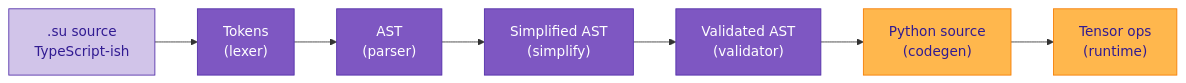
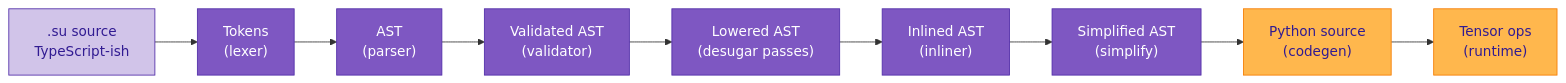
Before and after one commit to EmmaLeonhart/Sutra: the diagram in docs/compilation.md, drawn with Mermaid. The commit also changed other lines of this file and 10 other files, not shown here.

````diff
--- a/docs/compilation.md
+++ b/docs/compilation.md
@@ -13,24 +13,28 @@
 ```mermaid
 graph LR
     SRC[".su source<br/>TypeScript-ish"]
     TOK["Tokens<br/>(lexer)"]
     AST["AST<br/>(parser)"]
+    CHK["Validated AST<br/>(validator)"]
+    DSG["Lowered AST<br/>(desugar passes)"]
+    INL["Inlined AST<br/>(inliner)"]
     SAST["Simplified AST<br/>(simplify)"]
-    CHK["Validated AST<br/>(validator)"]
     PY["Python source<br/>(codegen)"]
     RUN["Tensor ops<br/>(runtime)"]
 
     SRC --> TOK
     TOK --> AST
-    AST --> SAST
-    SAST --> CHK
-    CHK --> PY
+    AST --> CHK
+    CHK --> DSG
+    DSG --> INL
+    INL --> SAST
+    SAST --> PY
     PY --> RUN
 
     classDef src fill:#d1c4e9,color:#311b92,stroke:#512da8
     classDef mid fill:#7e57c2,color:#fff,stroke:#512da8
     classDef out fill:#ffb74d,color:#311b92,stroke:#f57c00
     class SRC src
-    class TOK,AST,SAST,CHK mid
+    class TOK,AST,CHK,DSG,INL,SAST mid
     class PY,RUN out
 ```
````
